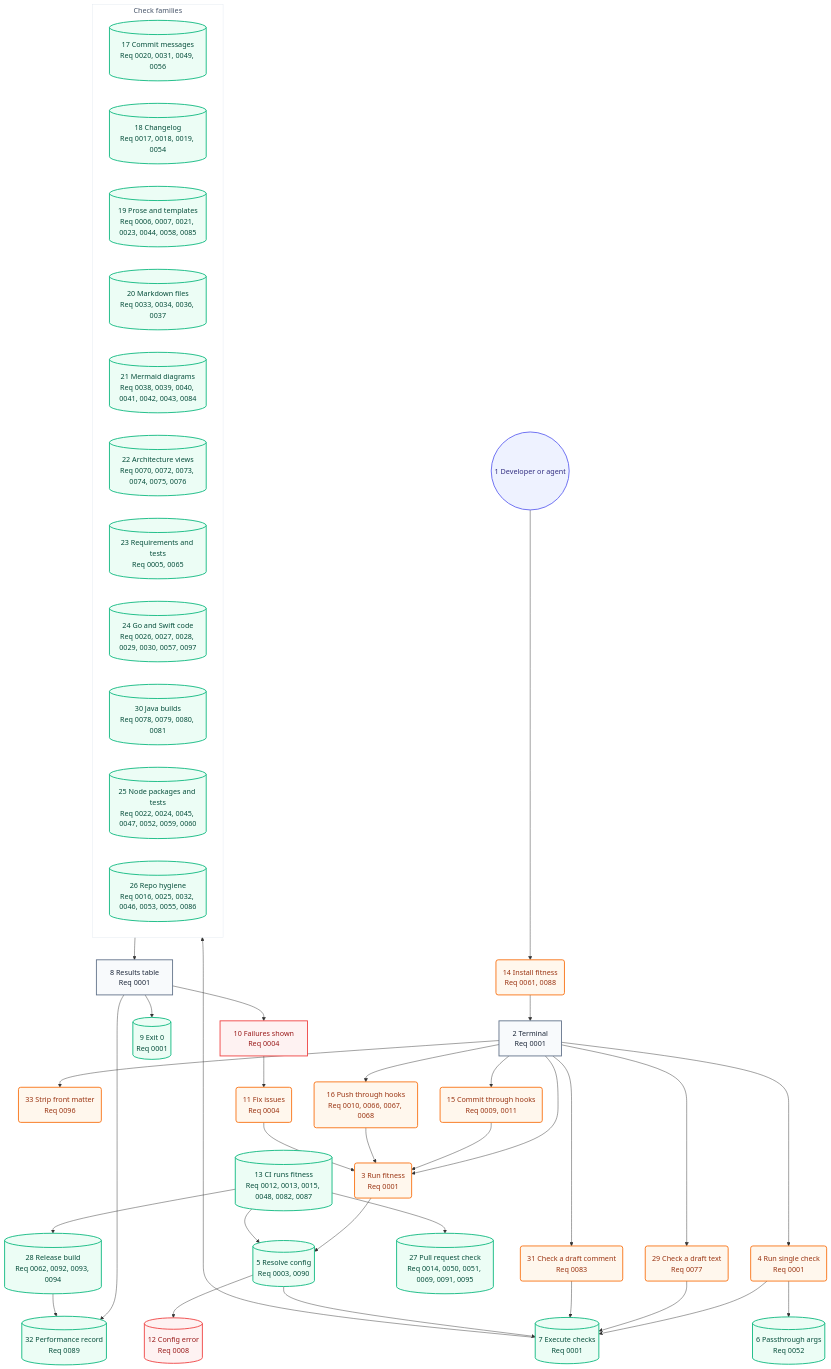
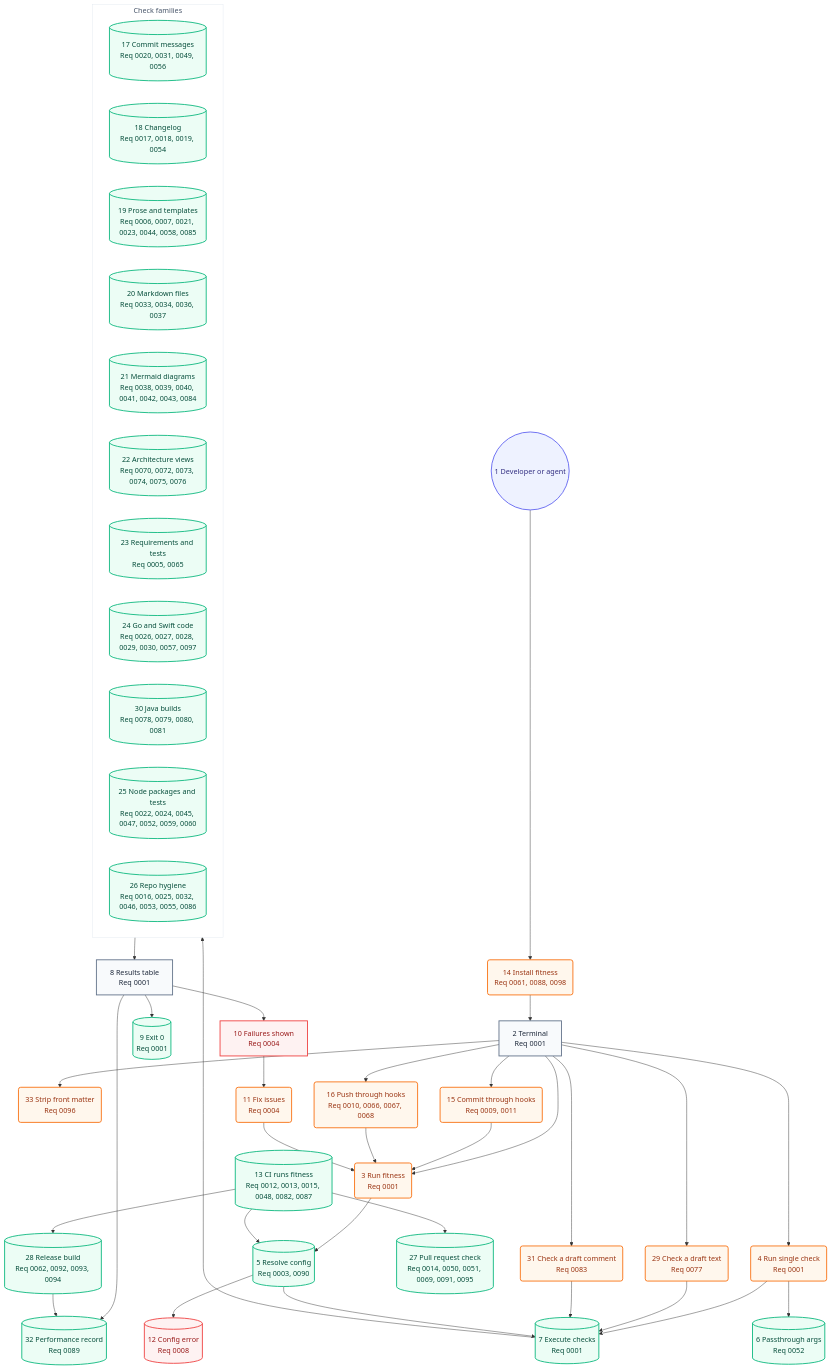
One commit to may-journal/fitness-runner changed the second of 2 diagrams in docs/architecture/05-user-journey.md. Above: the diagram before and after it, drawn with Mermaid. The commit also changed 16 other files, not shown here.

````diff
--- a/docs/architecture/05-user-journey.md
+++ b/docs/architecture/05-user-journey.md
@@ -40,78 +40,78 @@
 ```mermaid
 flowchart TB
     dev((1 Developer or agent)):::persona
-    install(14 Install fitness<br/>Req 0061, 0088):::action
+    install(14 Install fitness<br/>Req 0061, 0088, 0098):::action
     terminal[2 Terminal<br/>Req 0001]:::screen
     runFull(3 Run fitness<br/>Req 0001):::action
     runSingle(4 Run single check<br/>Req 0001):::action
     runBlob(29 Check a draft text<br/>Req 0077):::action
     runComment(31 Check a draft comment<br/>Req 0083):::action
     stripFront(33 Strip front matter<br/>Req 0096):::action
     commitHook(15 Commit through hooks<br/>Req 0009, 0011):::action
     pushHook(16 Push through hooks<br/>Req 0010, 0066, 0067, 0068):::action
     resolveConfig[(5 Resolve config<br/>Req 0003, 0090)]:::system
     passArgs[(6 Passthrough args<br/>Req 0052)]:::system
     executeChecks[(7 Execute checks<br/>Req 0001)]:::system
 
     subgraph checks["Check families"]
         commitChecks[(17 Commit messages<br/>Req 0020, 0031, 0049, 0056)]:::system
         changelogChecks[(18 Changelog<br/>Req 0017, 0018, 0019, 0054)]:::system
         proseChecks[(19 Prose and templates<br/>Req 0006, 0007, 0021, 0023, 0044, 0058, 0085)]:::system
         markdownChecks[(20 Markdown files<br/>Req 0033, 0034, 0036, 0037)]:::system
         mermaidChecks[(21 Mermaid diagrams<br/>Req 0038, 0039, 0040, 0041, 0042, 0043, 0084)]:::system
         architectureChecks[(22 Architecture views<br/>Req 0070, 0072, 0073, 0074, 0075, 0076)]:::system
         requirementChecks[(23 Requirements and tests<br/>Req 0005, 0065)]:::system
         goSwiftChecks[(24 Go and Swift code<br/>Req 0026, 0027, 0028, 0029, 0030, 0057, 0097)]:::system
         javaChecks[(30 Java builds<br/>Req 0078, 0079, 0080, 0081)]:::system
         nodeChecks[(25 Node packages and tests<br/>Req 0022, 0024, 0045, 0047, 0052, 0059, 0060)]:::system
         repoChecks[(26 Repo hygiene<br/>Req 0016, 0025, 0032, 0046, 0053, 0055, 0086)]:::system
     end
 
     resultsTable[8 Results table<br/>Req 0001]:::screen
     exitZero[(9 Exit 0<br/>Req 0001)]:::system
     failuresShown[10 Failures shown<br/>Req 0004]:::blocked
     fixIssues(11 Fix issues<br/>Req 0004):::action
     configError[(12 Config error<br/>Req 0008)]:::blocked
     ciRun[(13 CI runs fitness<br/>Req 0012, 0013, 0015, 0048, 0082, 0087)]:::system
     prCheck[(27 Pull request check<br/>Req 0014, 0050, 0051, 0069, 0091, 0095)]:::system
     release[(28 Release build<br/>Req 0062, 0092, 0093, 0094)]:::system
     perfRecord[(32 Performance record<br/>Req 0089)]:::system
 
     dev --> install
     install --> terminal
     terminal --> runFull
     terminal --> runSingle
     terminal --> commitHook
     terminal --> pushHook
     terminal --> runBlob
     terminal --> runComment
     terminal --> stripFront
     commitHook --> runFull
     pushHook --> runFull
     runFull --> resolveConfig
     runSingle --> executeChecks
     runSingle --> passArgs
     runBlob --> executeChecks
     runComment --> executeChecks
     resolveConfig --> executeChecks
     resolveConfig --> configError
     executeChecks --> checks
     checks --> resultsTable
     resultsTable --> exitZero
     resultsTable --> failuresShown
     failuresShown --> fixIssues
     fixIssues --> runFull
     ciRun --> resolveConfig
     ciRun --> prCheck
     ciRun --> release
     resultsTable --> perfRecord
     release --> perfRecord
 
     classDef persona fill:#eef2ff,stroke:#6366f1,color:#312e81,stroke-width:2px
     classDef screen fill:#f8fafc,stroke:#64748b,color:#1e293b,stroke-width:2px
     classDef action fill:#fff7ed,stroke:#f97316,color:#9a3412,stroke-width:2px
     classDef system fill:#ecfdf5,stroke:#10b981,color:#064e3b,stroke-width:2px
     classDef blocked fill:#fef2f2,stroke:#ef4444,color:#991b1b,stroke-width:2px
 
     style checks fill:#ffffff,stroke:#e2e8f0,color:#475569,stroke-width:1px
 ```
````
